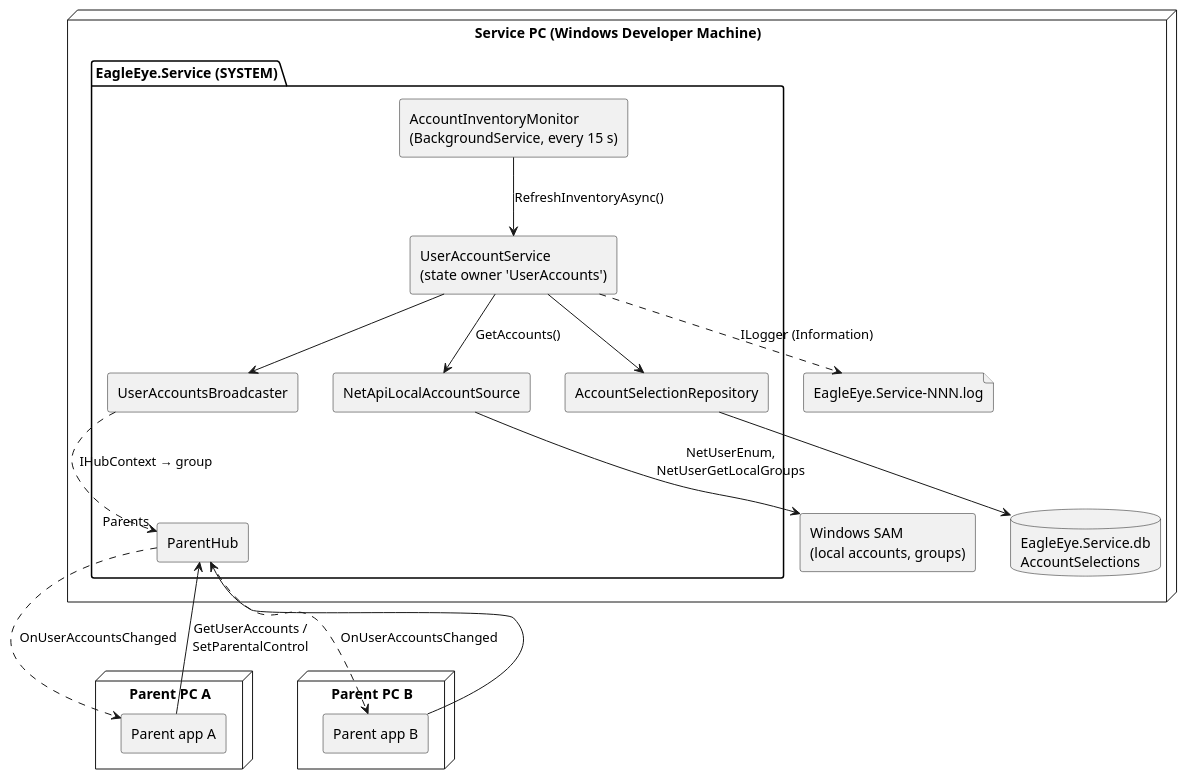
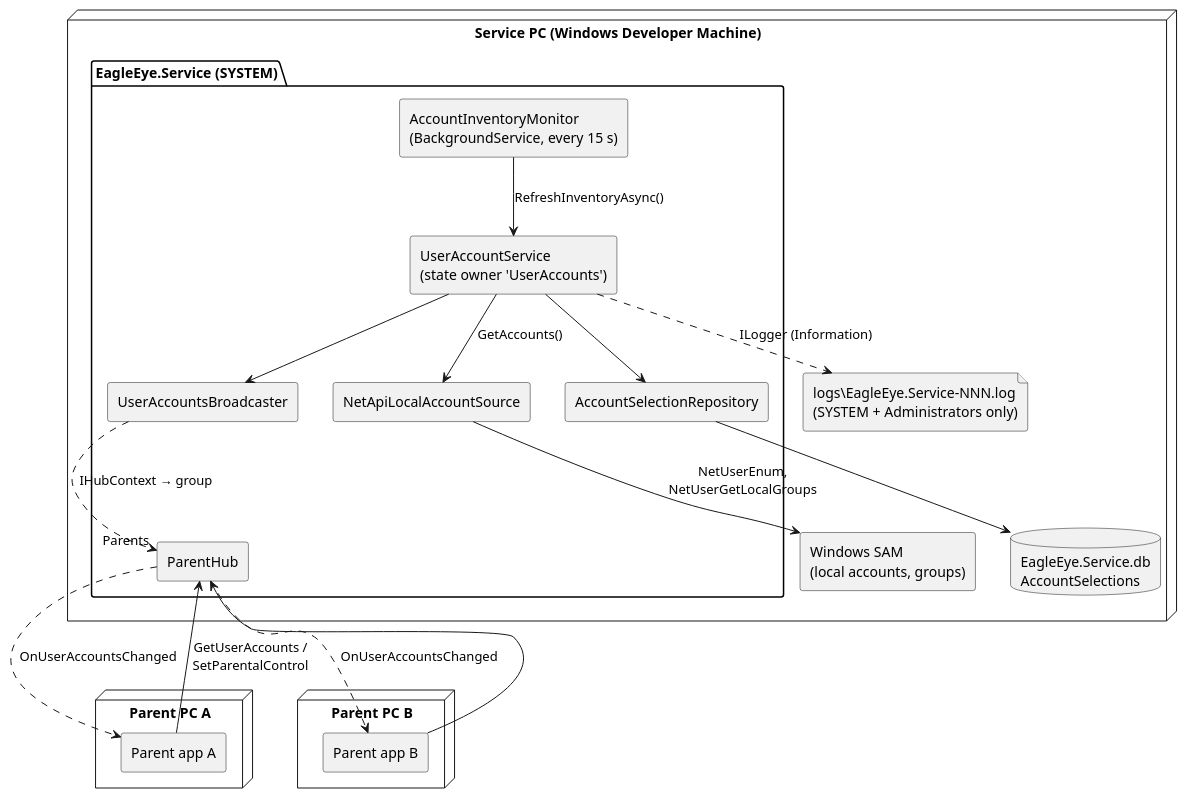
One commit to adlemich/EagleEye changed the first of 5 diagrams in 02_Implementation/docs/requirements/user-stories/US-003/implementation-plan.md. Above: the diagram before and after it, drawn with PlantUML. The commit also changed other lines of this file and 5 other files, not shown here.

````diff
--- a/02_Implementation/docs/requirements/user-stories/US-003/implementation-plan.md
+++ b/02_Implementation/docs/requirements/user-stories/US-003/implementation-plan.md
@@ -156,39 +157,39 @@
 ```plantuml
 @startuml US-003 Overview
 skinparam componentStyle rectangle
 
 node "Service PC (Windows Developer Machine)" {
   component "Windows SAM\n(local accounts, groups)" as SAM
   package "EagleEye.Service (SYSTEM)" {
     component "AccountInventoryMonitor\n(BackgroundService, every 15 s)" as MON
     component "NetApiLocalAccountSource" as SRC
     component "UserAccountService\n(state owner 'UserAccounts')" as UAS
     component "AccountSelectionRepository" as REPO
     component "UserAccountsBroadcaster" as BC
     component "ParentHub" as HUB
   }
   database "EagleEye.Service.db\nAccountSelections" as DB
-  file "EagleEye.Service-NNN.log" as LOG
+  file "logs\\EagleEye.Service-NNN.log\n(SYSTEM + Administrators only)" as LOG
 }
 
 node "Parent PC A" {
   component "Parent app A" as A
 }
 node "Parent PC B" {
   component "Parent app B" as B
 }
 
 MON --> UAS : RefreshInventoryAsync()
 UAS --> SRC : GetAccounts()
 SRC --> SAM : NetUserEnum,\nNetUserGetLocalGroups
 UAS --> REPO
 REPO --> DB
 UAS --> BC
 UAS ..> LOG : ILogger (Information)
 BC ..> HUB : IHubContext → group "Parents"
 A --> HUB : GetUserAccounts /\nSetParentalControl
 B --> HUB
 HUB ..> A : OnUserAccountsChanged
 HUB ..> B : OnUserAccountsChanged
 @enduml
 ```
````
